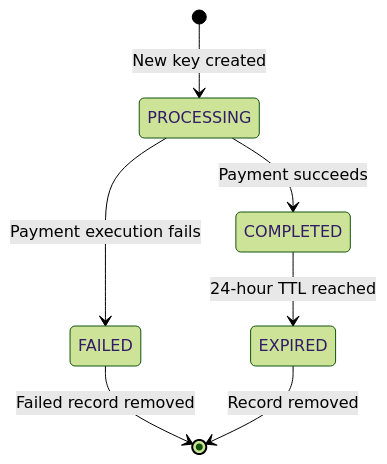
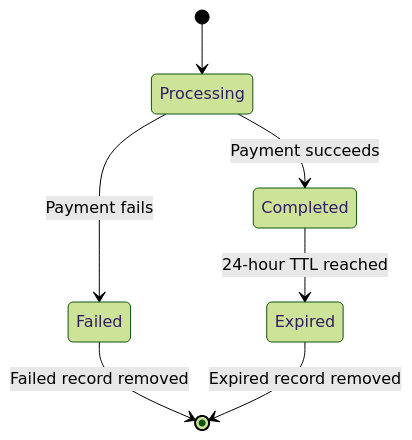
The fifth of 5 diagrams in README.md (iirasubizadivine/finsafe-idempotency-gateway), drawn with Mermaid (forest theme) before and after one commit. The commit also changed other lines of this file and 1 other file, not shown here.

````diff
--- a/README.md
+++ b/README.md
@@ -572,12 +416,12 @@
 ```mermaid
 stateDiagram-v2
-    [*] --> PROCESSING: New key created
+    [*] --> Processing
 
-    PROCESSING --> COMPLETED: Payment succeeds
-    PROCESSING --> FAILED: Payment execution fails
+    Processing --> Completed: Payment succeeds
+    Processing --> Failed: Payment fails
 
-    FAILED --> [*]: Failed record removed
+    Failed --> [*]: Failed record removed
 
-    COMPLETED --> EXPIRED: 24-hour TTL reached
-    EXPIRED --> [*]: Record removed
+    Completed --> Expired: 24-hour TTL reached
+    Expired --> [*]: Expired record removed
 ```
````
